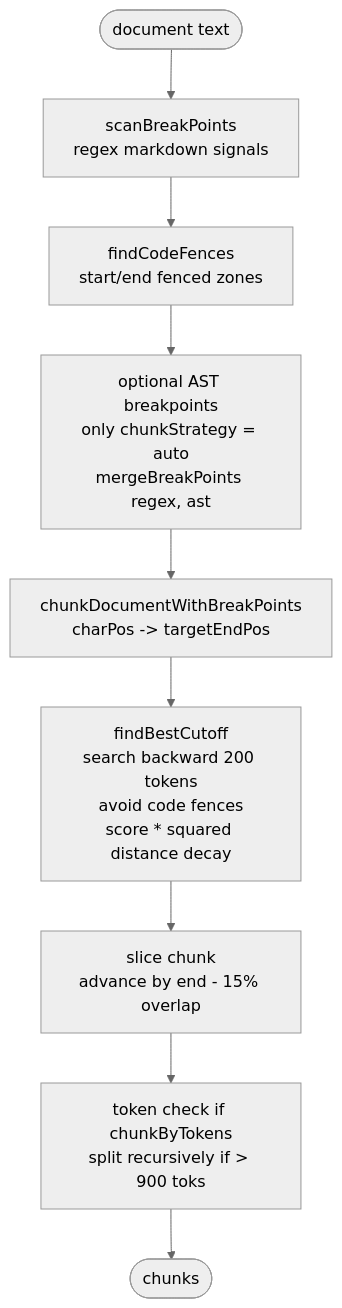
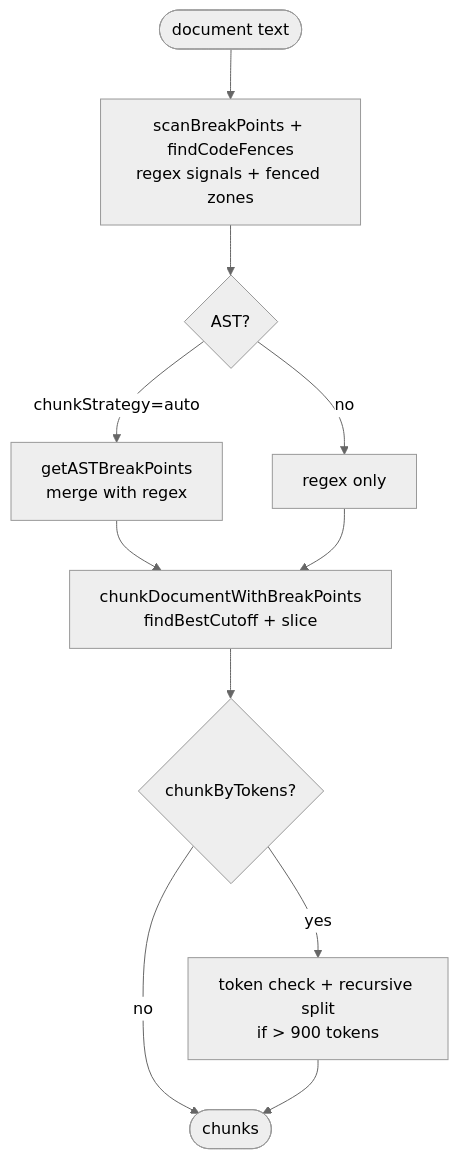
One commit to sagarsrc/qmd-fork changed the second of 5 diagrams in docs/experiments/001-understanding-codebase/workers/store-explorer/output/diagrams.md. Above: the diagram before and after it, drawn with Mermaid (neutral theme). The commit also changed other lines of this file and 4 other files, not shown here.

First line of the commit message:
docs: compact all mermaid diagrams vertically

````diff
--- a/docs/experiments/001-understanding-codebase/workers/store-explorer/output/diagrams.md
+++ b/docs/experiments/001-understanding-codebase/workers/store-explorer/output/diagrams.md
@@ -32,11 +26,13 @@
 ```mermaid
 flowchart TD
-    A([document text]) --> B[scanBreakPoints<br/>regex markdown signals]
-    B --> C[findCodeFences<br/>start/end fenced zones]
-    C --> D[optional AST breakpoints<br/>only chunkStrategy = auto<br/>mergeBreakPoints regex, ast]
-    D --> E[chunkDocumentWithBreakPoints<br/>charPos -> targetEndPos]
-    E --> F[findBestCutoff<br/>search backward 200 tokens<br/>avoid code fences<br/>score * squared distance decay]
-    F --> G[slice chunk<br/>advance by end - 15% overlap]
-    G --> H[token check if chunkByTokens<br/>split recursively if > 900 toks]
-    H --> I([chunks])
+    A([document text]) --> B["scanBreakPoints + findCodeFences<br/>regex signals + fenced zones"]
+    B --> C{AST?}
+    C -->|chunkStrategy=auto| D["getASTBreakPoints<br/>merge with regex"]
+    C -->|no| E["regex only"]
+    D --> F["chunkDocumentWithBreakPoints<br/>findBestCutoff + slice"]
+    E --> F
+    F --> G{chunkByTokens?}
+    G -->|yes| H["token check + recursive split<br/>if > 900 tokens"]
+    G -->|no| I([chunks])
+    H --> I
 ```
````
